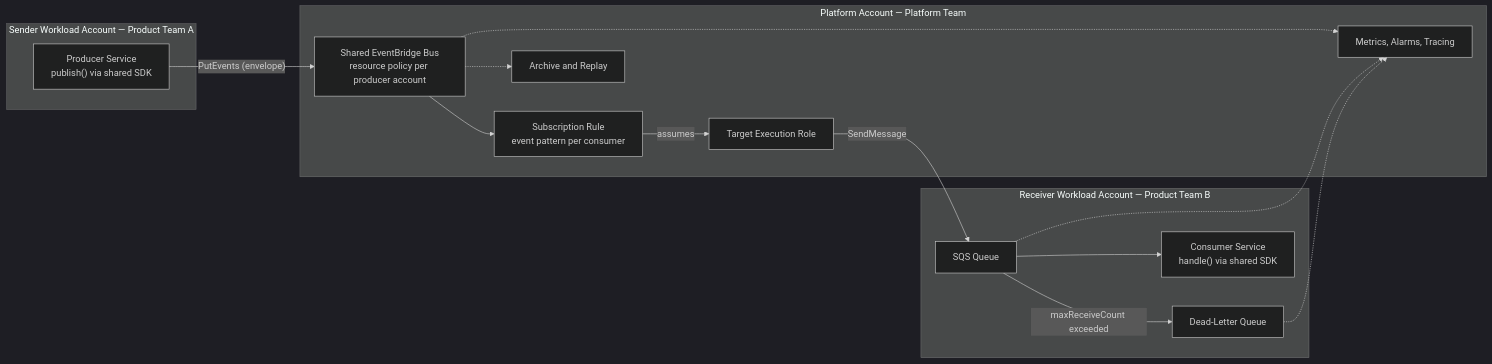
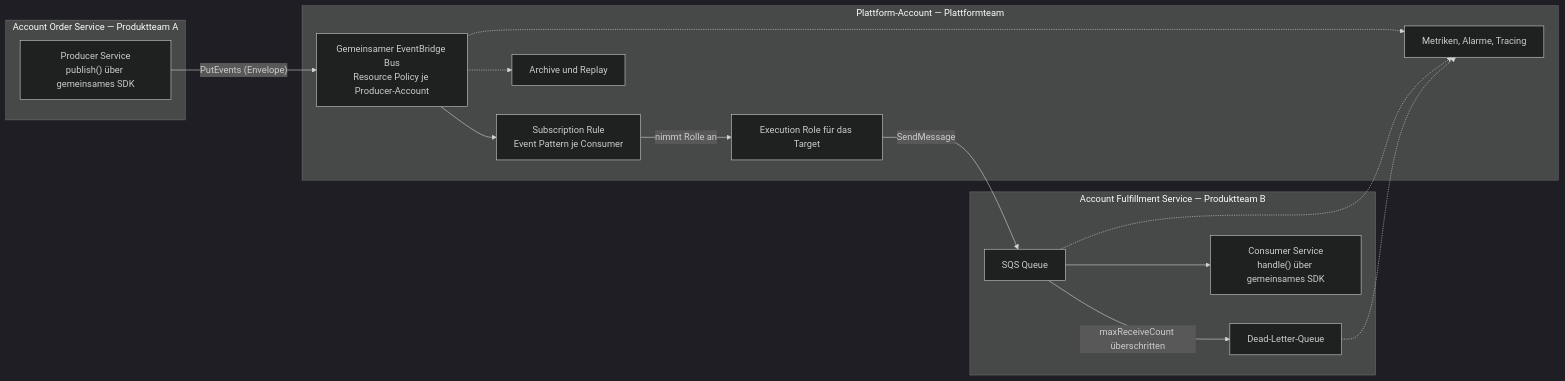
One commit to tillkahlbrock/aws-eventbridge-sqs-terraform-demo changed the diagram in docs/async-communication-concept.md. Above: the diagram before and after it, drawn with Mermaid (dark theme). The commit also changed other lines of this file, not shown here.

````diff
--- a/docs/async-communication-concept.md
+++ b/docs/async-communication-concept.md
@@ -50,31 +51,31 @@
 ```mermaid
 flowchart LR
-  subgraph SENDER["Sender Workload Account — Product Team A"]
-    P["Producer Service<br>publish() via shared SDK"]
+  subgraph ORDER["Account Order Service — Produktteam A"]
+    P["Producer Service<br>publish() über gemeinsames SDK"]
   end
 
-  subgraph PLATFORM["Platform Account — Platform Team"]
-    BUS["Shared EventBridge Bus<br>resource policy per producer account"]
-    RULE["Subscription Rule<br>event pattern per consumer"]
-    ROLE["Target Execution Role"]
-    ARCHIVE["Archive and Replay"]
-    OBS["Metrics, Alarms, Tracing"]
+  subgraph PLATFORM["Plattform-Account — Plattformteam"]
+    BUS["Gemeinsamer EventBridge Bus<br>Resource Policy je Producer-Account"]
+    RULE["Subscription Rule<br>Event Pattern je Consumer"]
+    ROLE["Execution Role für das Target"]
+    ARCHIVE["Archive und Replay"]
+    OBS["Metriken, Alarme, Tracing"]
   end
 
-  subgraph RECEIVER["Receiver Workload Account — Product Team B"]
+  subgraph FULFILLMENT["Account Fulfillment Service — Produktteam B"]
     Q["SQS Queue"]
-    DLQ["Dead-Letter Queue"]
-    C["Consumer Service<br>handle() via shared SDK"]
+    DLQ["Dead-Letter-Queue"]
+    C["Consumer Service<br>handle() über gemeinsames SDK"]
   end
 
-  P -->|"PutEvents (envelope)"| BUS
+  P -->|"PutEvents (Envelope)"| BUS
   BUS --> RULE
   BUS -.-> ARCHIVE
-  RULE -->|assumes| ROLE
+  RULE -->|"nimmt Rolle an"| ROLE
   ROLE -->|SendMessage| Q
   Q --> C
-  Q -->|"maxReceiveCount exceeded"| DLQ
+  Q -->|"maxReceiveCount überschritten"| DLQ
   BUS -.-> OBS
   Q -.-> OBS
   DLQ -.-> OBS
 ```
````
